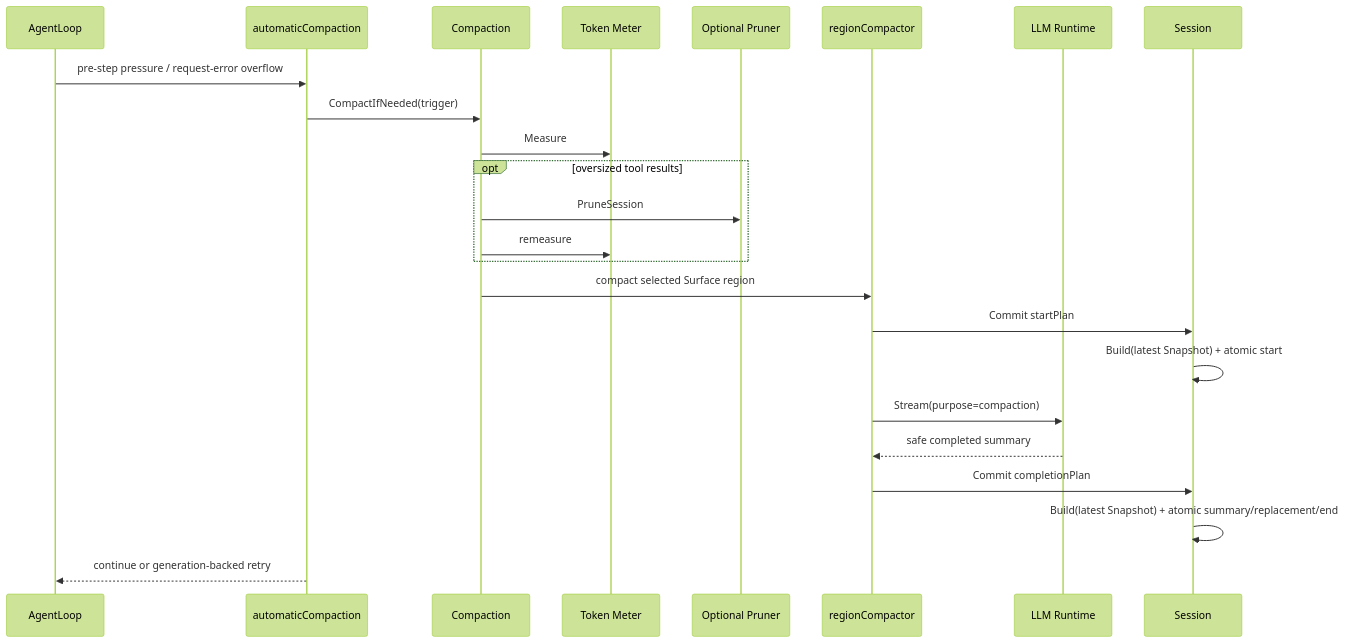
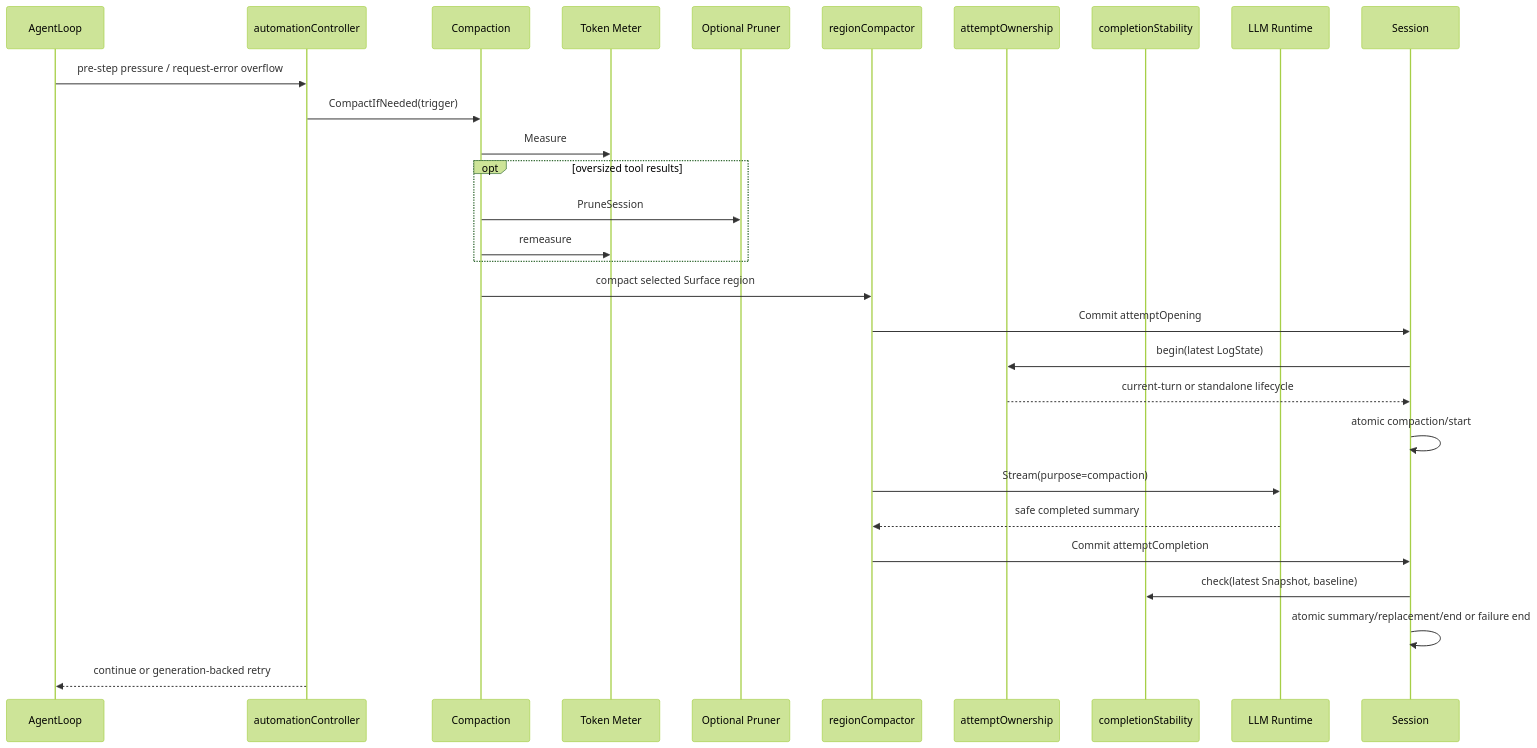
The second of 2 diagrams in compaction/basic/README.zh-CN.md (gorenx/goren), drawn with Mermaid (forest theme) before and after one commit. The commit also changed other lines of this file and 3 other files, not shown here.

Commit message:
docs: clarify compaction runtime ownership

````diff
--- a/compaction/basic/README.zh-CN.md
+++ b/compaction/basic/README.zh-CN.md
@@ -32,27 +37,32 @@
 ```mermaid
 sequenceDiagram
     participant L as AgentLoop
-    participant A as automaticCompaction
+    participant A as automationController
     participant C as Compaction
     participant M as Token Meter
     participant P as Optional Pruner
     participant R as regionCompactor
+    participant O as attemptOwnership
+    participant V as completionStability
     participant LLM as LLM Runtime
     participant S as Session
 
     L->>A: pre-step pressure / request-error overflow
     A->>C: CompactIfNeeded(trigger)
     C->>M: Measure
     opt oversized tool results
         C->>P: PruneSession
         C->>M: remeasure
     end
     C->>R: compact selected Surface region
-    R->>S: Commit startPlan
-    S->>S: Build(latest Snapshot) + atomic start
+    R->>S: Commit attemptOpening
+    S->>O: begin(latest LogState)
+    O-->>S: current-turn or standalone lifecycle
+    S->>S: atomic compaction/start
     R->>LLM: Stream(purpose=compaction)
     LLM-->>R: safe completed summary
-    R->>S: Commit completionPlan
-    S->>S: Build(latest Snapshot) + atomic summary/replacement/end
+    R->>S: Commit attemptCompletion
+    S->>V: check(latest Snapshot, baseline)
+    S->>S: atomic summary/replacement/end or failure end
     A-->>L: continue or generation-backed retry
 ```
````
